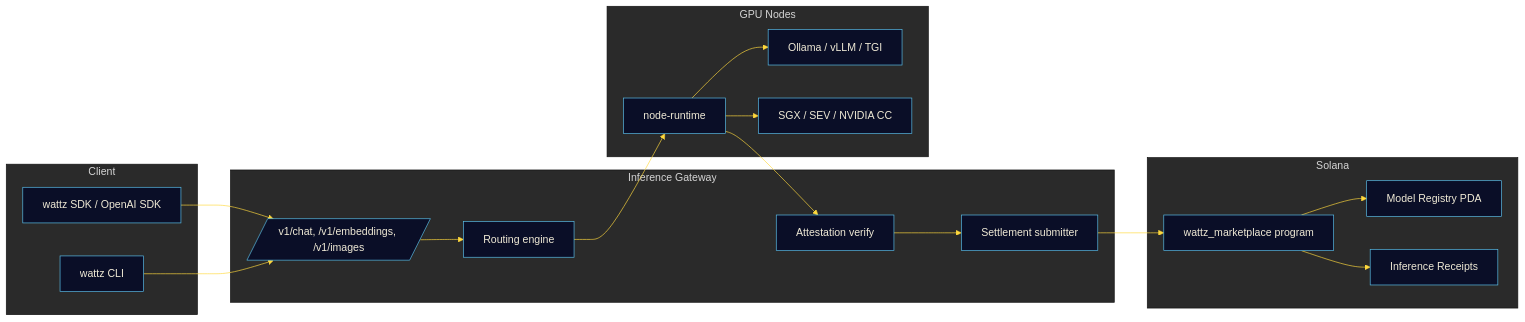
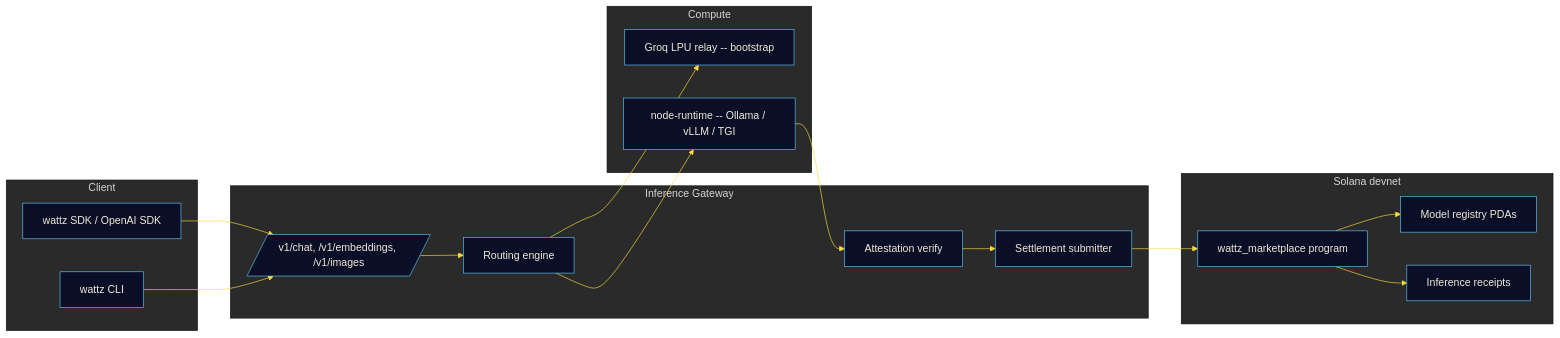
One commit to wattz-compute/wattz changed the diagram in README.md. Above: the diagram before and after it, drawn with Mermaid. The commit also changed other lines of this file and 53 other files, not shown here.

Commit message:
readme status table, mermaid architecture, ci pipeline, reproducible benchmark method

````diff
--- a/README.md
+++ b/README.md
@@ -46,36 +60,34 @@
 ```mermaid
 %%{init: {'theme':'base','themeVariables':{'primaryColor':'#0A0E27','primaryTextColor':'#F0EAD6','primaryBorderColor':'#5BC0EB','lineColor':'#FFD93D','secondaryColor':'#1A1A2E','tertiaryColor':'#2A2A2A','fontFamily':'JetBrains Mono, monospace'}}}%%
 flowchart LR
   subgraph Client
     SDK[wattz SDK / OpenAI SDK]
     CLI[wattz CLI]
   end
   subgraph Gateway[Inference Gateway]
     OAI[/v1/chat, /v1/embeddings, /v1/images/]
     ROUTE[Routing engine]
     ATT[Attestation verify]
     SET[Settlement submitter]
   end
-  subgraph Nodes[GPU Nodes]
-    NR[node-runtime]
-    OLL[Ollama / vLLM / TGI]
-    TEE[SGX / SEV / NVIDIA CC]
+  subgraph Compute
+    RELAY[Groq LPU relay -- bootstrap]
+    NR[node-runtime -- Ollama / vLLM / TGI]
   end
-  subgraph Chain[Solana]
+  subgraph Chain[Solana devnet]
     PROG[wattz_marketplace program]
-    REG[Model Registry PDA]
-    RCPT[Inference Receipts]
+    REG[Model registry PDAs]
+    RCPT[Inference receipts]
   end
 
   SDK --> OAI
   CLI --> OAI
   OAI --> ROUTE
+  ROUTE --> RELAY
   ROUTE --> NR
-  NR --> OLL
-  NR --> TEE
   NR --> ATT
   ATT --> SET
   SET --> PROG
   PROG --> REG
   PROG --> RCPT
 ```
````
